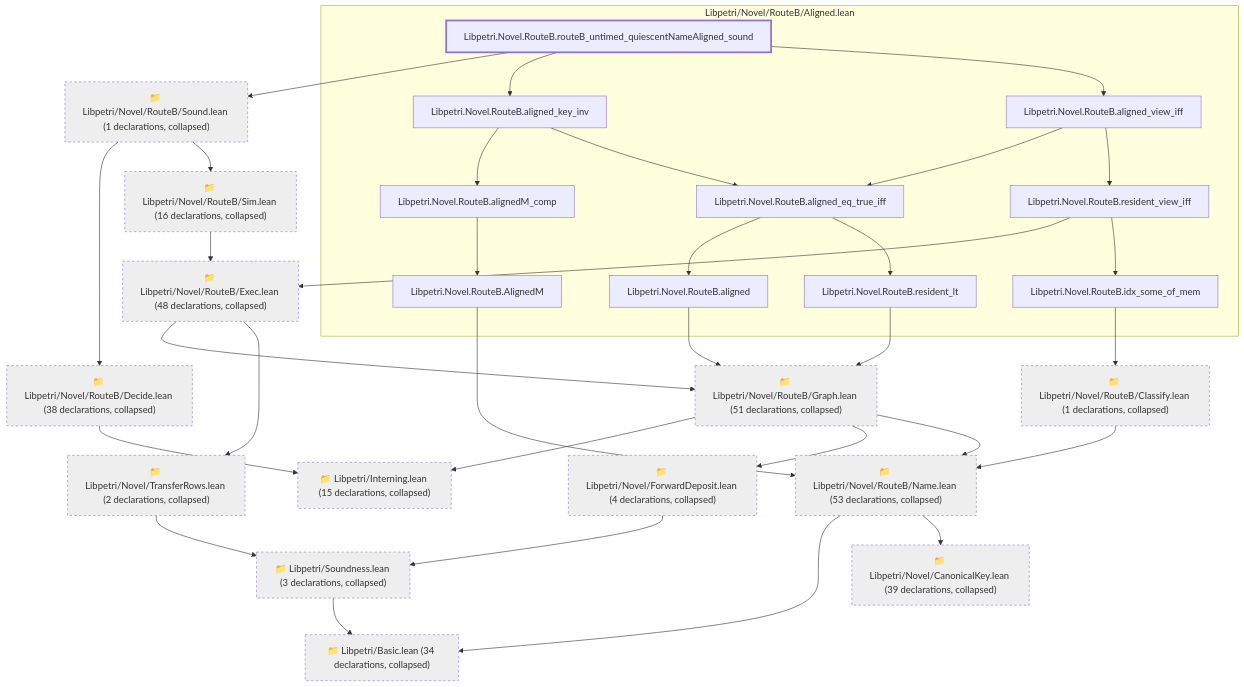
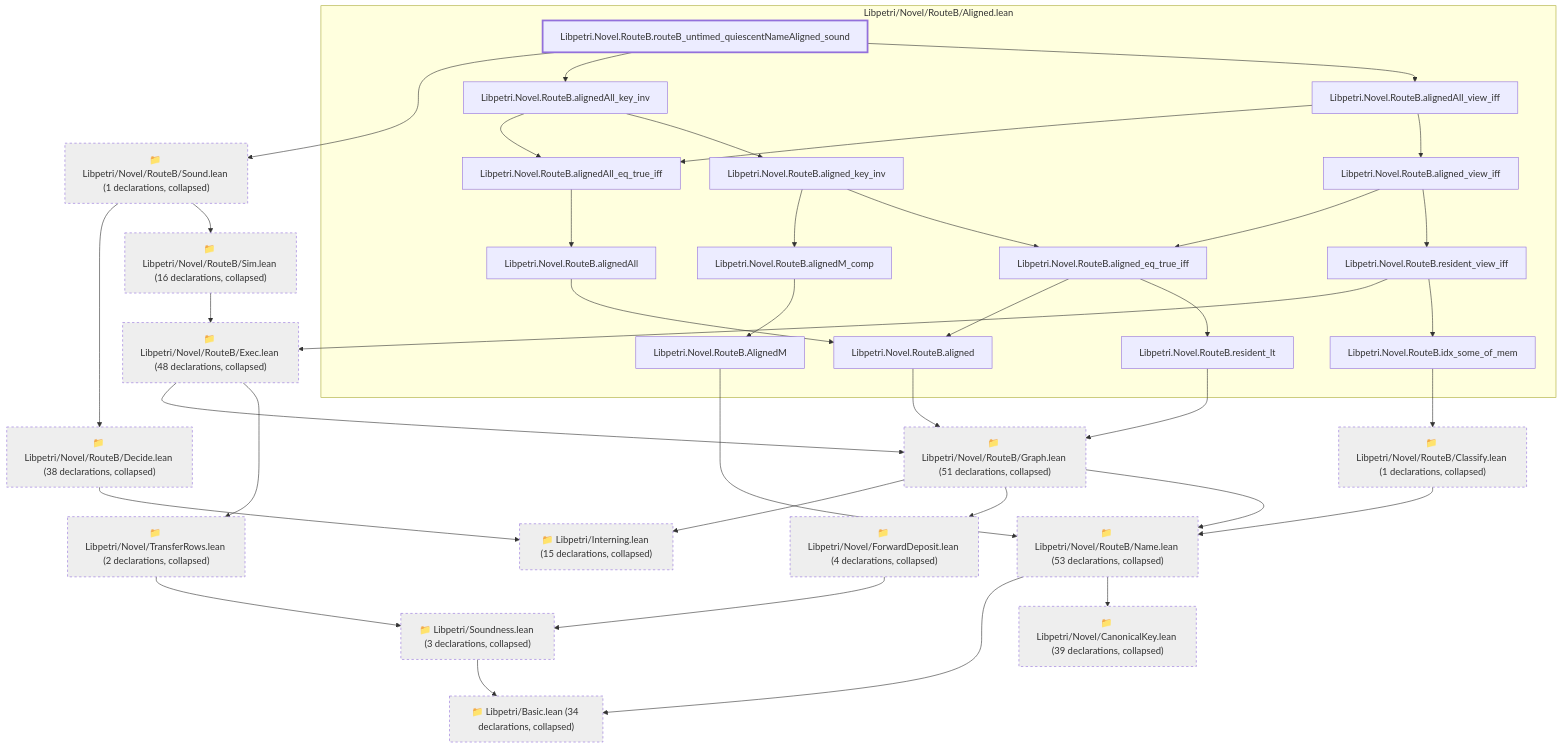
The sixth of 6 diagrams in lean/graph/requirements/NU-055.md (debe/libpetri), drawn with Mermaid before and after one commit. The commit also changed other lines of this file and 79 other files, not shown here.

````diff
--- a/lean/graph/requirements/NU-055.md
+++ b/lean/graph/requirements/NU-055.md
@@ -436,64 +519,74 @@
 ```mermaid
 flowchart TD
   subgraph g0["Libpetri/Novel/RouteB/Aligned.lean"]
     n1318["Libpetri.Novel.RouteB.AlignedM"]
     n1477["Libpetri.Novel.RouteB.aligned"]
-    n1478["Libpetri.Novel.RouteB.alignedM_comp"]
-    n1479["Libpetri.Novel.RouteB.aligned_eq_true_iff"]
-    n1480["Libpetri.Novel.RouteB.aligned_key_inv"]
-    n1483["Libpetri.Novel.RouteB.aligned_view_iff"]
-    n1569["Libpetri.Novel.RouteB.idx_some_of_mem"]
-    n1655["Libpetri.Novel.RouteB.resident_lt"]
-    n1657["Libpetri.Novel.RouteB.resident_view_iff"]
-    n1675["Libpetri.Novel.RouteB.routeB_untimed_quiescentNameAligned_sound"]
+    n1478["Libpetri.Novel.RouteB.alignedAll"]
+    n1480["Libpetri.Novel.RouteB.alignedAll_eq_true_iff"]
+    n1481["Libpetri.Novel.RouteB.alignedAll_key_inv"]
+    n1483["Libpetri.Novel.RouteB.alignedAll_view_iff"]
+    n1484["Libpetri.Novel.RouteB.alignedM_comp"]
+    n1485["Libpetri.Novel.RouteB.aligned_eq_true_iff"]
+    n1486["Libpetri.Novel.RouteB.aligned_key_inv"]
+    n1489["Libpetri.Novel.RouteB.aligned_view_iff"]
+    n1575["Libpetri.Novel.RouteB.idx_some_of_mem"]
+    n1661["Libpetri.Novel.RouteB.resident_lt"]
+    n1663["Libpetri.Novel.RouteB.resident_view_iff"]
+    n1681["Libpetri.Novel.RouteB.routeB_untimed_quiescentNameAligned_sound"]
   end
   c0["📁 Libpetri/Basic.lean (34 declarations, collapsed)"]
   c5["📁 Libpetri/Interning.lean (15 declarations, collapsed)"]
   c11["📁 Libpetri/Novel/CanonicalKey.lean (39 declarations, collapsed)"]
   c26["📁 Libpetri/Novel/ForwardDeposit.lean (4 declarations, collapsed)"]
   c41["📁 Libpetri/Novel/RouteB/Classify.lean (1 declarations, collapsed)"]
   c42["📁 Libpetri/Novel/RouteB/Decide.lean (38 declarations, collapsed)"]
   c43["📁 Libpetri/Novel/RouteB/Exec.lean (48 declarations, collapsed)"]
   c44["📁 Libpetri/Novel/RouteB/Graph.lean (51 declarations, collapsed)"]
   c45["📁 Libpetri/Novel/RouteB/Name.lean (53 declarations, collapsed)"]
   c47["📁 Libpetri/Novel/RouteB/Sim.lean (16 declarations, collapsed)"]
   c48["📁 Libpetri/Novel/RouteB/Sound.lean (1 declarations, collapsed)"]
   c66["📁 Libpetri/Novel/TransferRows.lean (2 declarations, collapsed)"]
   c80["📁 Libpetri/Soundness.lean (3 declarations, collapsed)"]
   c26 --> c80
   c41 --> c45
   c42 --> c5
   c43 --> c44
   c43 --> c66
   c44 --> c5
   c44 --> c26
   c44 --> c45
   c45 --> c0
   c45 --> c11
   c47 --> c43
   c48 --> c42
   c48 --> c47
   c66 --> c80
   c80 --> c0
   n1318 --> c45
   n1477 --> c44
-  n1478 --> n1318
-  n1479 --> n1477
-  n1479 --> n1655
+  n1478 --> n1477
   n1480 --> n1478
-  n1480 --> n1479
-  n1483 --> n1479
-  n1483 --> n1657
-  n1569 --> c41
-  n1655 --> c44
-  n1657 --> c43
-  n1657 --> n1569
-  n1675 --> c48
-  n1675 --> n1480
-  n1675 --> n1483
+  n1481 --> n1480
+  n1481 --> n1486
+  n1483 --> n1480
+  n1483 --> n1489
+  n1484 --> n1318
+  n1485 --> n1477
+  n1485 --> n1661
+  n1486 --> n1484
+  n1486 --> n1485
+  n1489 --> n1485
+  n1489 --> n1663
+  n1575 --> c41
+  n1661 --> c44
+  n1663 --> c43
+  n1663 --> n1575
+  n1681 --> c48
+  n1681 --> n1481
+  n1681 --> n1483
   classDef root stroke-width:3px
   classDef locked fill:#fff3cd,stroke:#b8860b
   classDef collapsed fill:#eeeeee,stroke-dasharray:4 4
-  class n1675 root
+  class n1681 root
   class c0,c5,c11,c26,c41,c42,c43,c44,c45,c47,c48,c66,c80 collapsed
 ```
````
